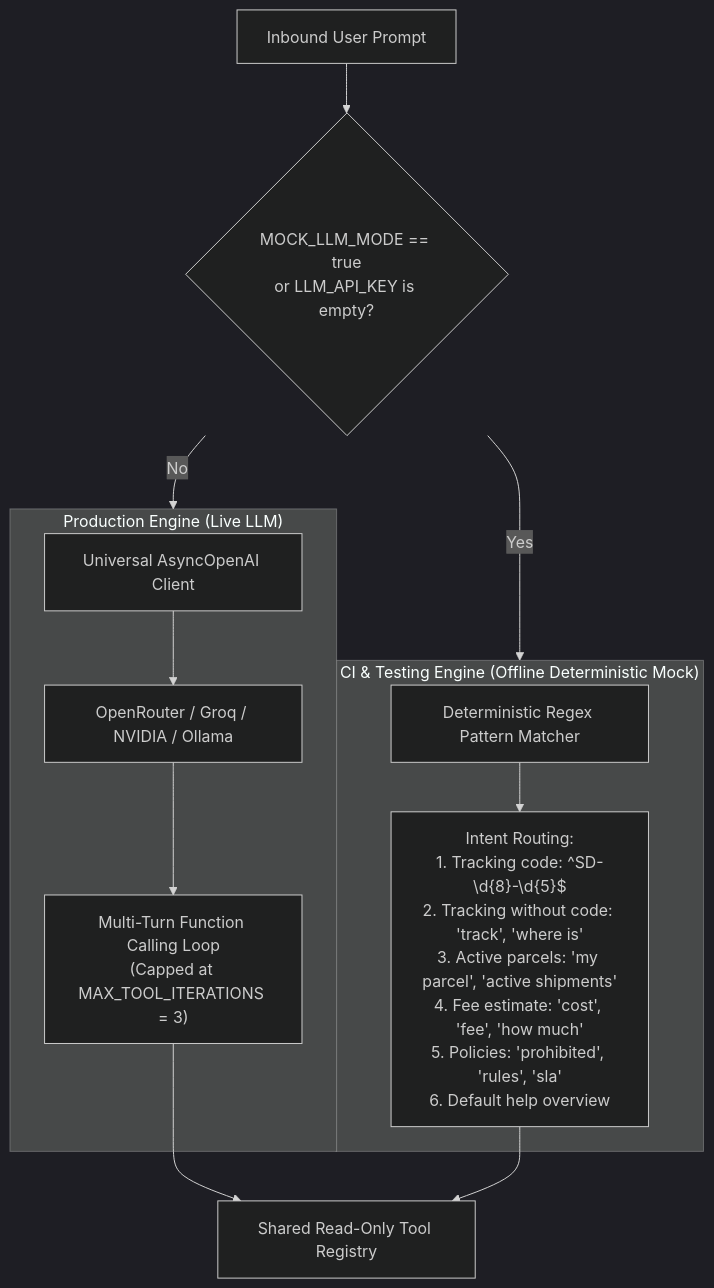
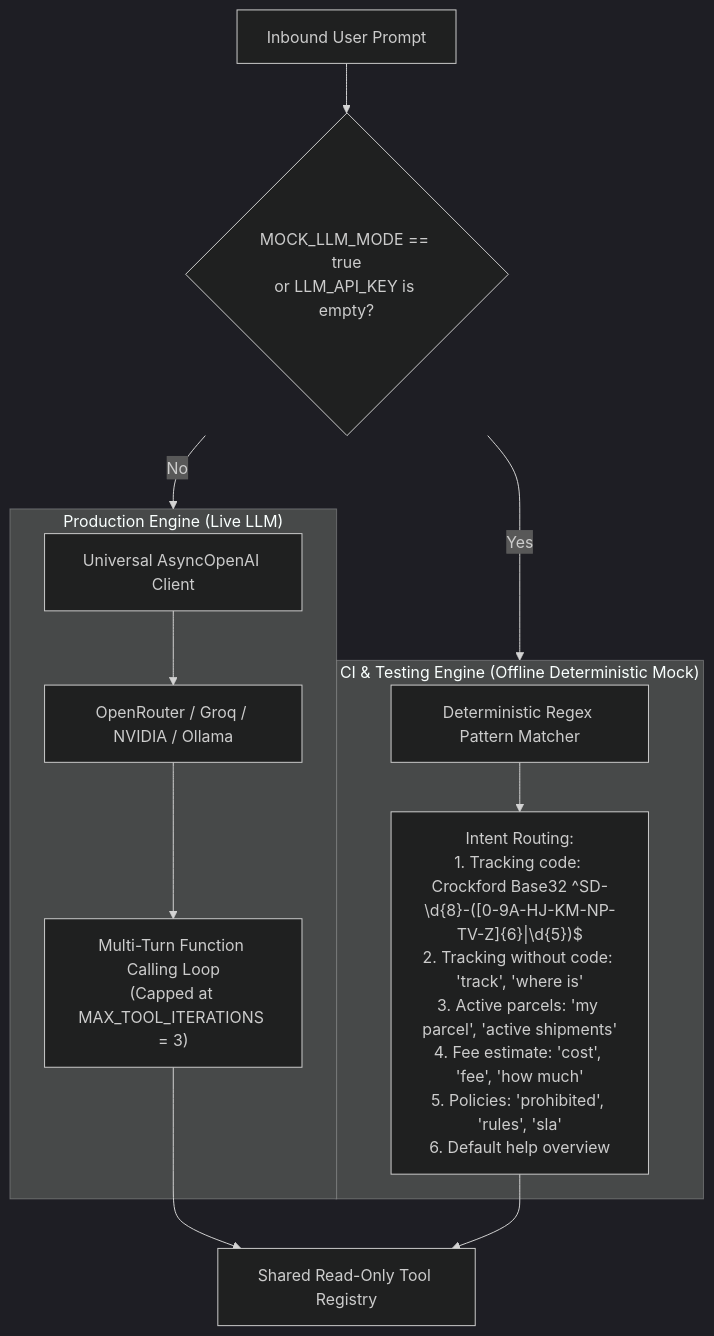
Before and after one commit to phantomTroupeEAD/SwiftDrop: the second of 2 diagrams in services/ai-assistant/LIVING_DOCUMENT.md, drawn with Mermaid (dark theme). The commit also changed other lines of this file and 11 other files, not shown here.

Commit message:
fix(ai-assistant): accept canonical Crockford Base32 tracking numbers (SD-YYYYMMDD-XXXXXX)

````diff
--- a/services/ai-assistant/LIVING_DOCUMENT.md
+++ b/services/ai-assistant/LIVING_DOCUMENT.md
@@ -98,23 +98,23 @@
 ```mermaid
 flowchart TD
     Prompt["Inbound User Prompt"] --> Mode{"MOCK_LLM_MODE == true<br/>or LLM_API_KEY is empty?"}
     
     subgraph LiveMode["Production Engine (Live LLM)"]
         OpenAIClient["Universal AsyncOpenAI Client"]
         Provider["OpenRouter / Groq / NVIDIA / Ollama"]
         ToolCallingLoop["Multi-Turn Function Calling Loop<br/>(Capped at MAX_TOOL_ITERATIONS = 3)"]
         OpenAIClient --> Provider
         Provider --> ToolCallingLoop
     end
 
     subgraph MockMode["CI & Testing Engine (Offline Deterministic Mock)"]
         RegexMatcher["Deterministic Regex Pattern Matcher"]
-        IntentRouting["Intent Routing:<br/>1. Tracking code: ^SD-\d{8}-\d{5}$<br/>2. Tracking without code: 'track', 'where is'<br/>3. Active parcels: 'my parcel', 'active shipments'<br/>4. Fee estimate: 'cost', 'fee', 'how much'<br/>5. Policies: 'prohibited', 'rules', 'sla'<br/>6. Default help overview"]
+        IntentRouting["Intent Routing:<br/>1. Tracking code: Crockford Base32 ^SD-\d{8}-([0-9A-HJ-KM-NP-TV-Z]{6}|\d{5})$<br/>2. Tracking without code: 'track', 'where is'<br/>3. Active parcels: 'my parcel', 'active shipments'<br/>4. Fee estimate: 'cost', 'fee', 'how much'<br/>5. Policies: 'prohibited', 'rules', 'sla'<br/>6. Default help overview"]
         RegexMatcher --> IntentRouting
     end
 
     Mode -- "No" --> LiveMode
     Mode -- "Yes" --> MockMode
     ToolCallingLoop --> ToolRegistry["Shared Read-Only Tool Registry"]
     IntentRouting --> ToolRegistry
 ```
````
